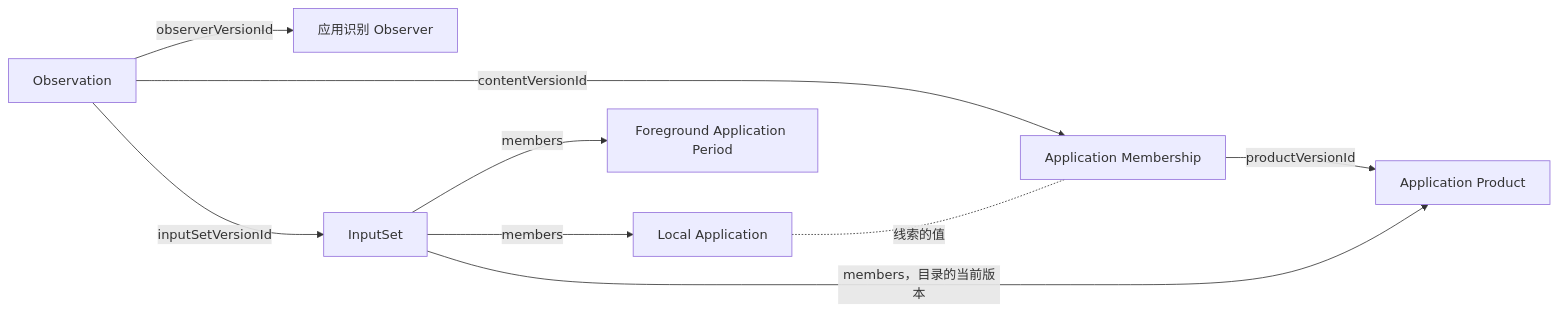
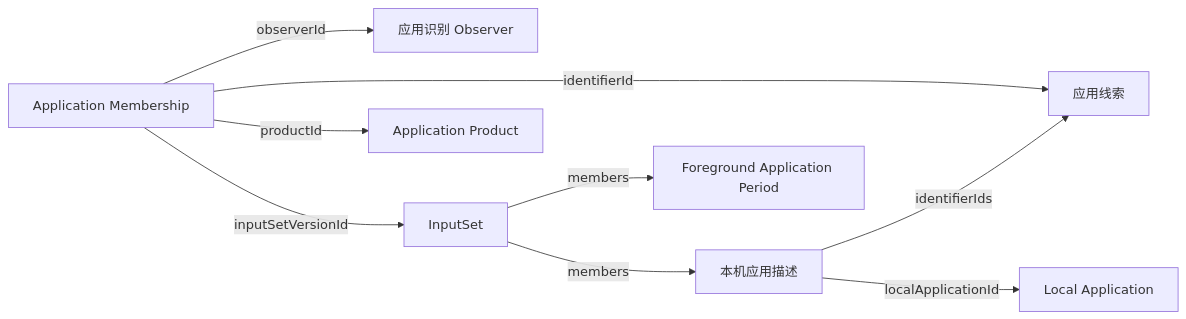
Before and after one commit to shenxianovo/Heartbeat: the diagram in src/Docs/Orisumi.Docs/content/docs/observers/application-identity/index.mdx, drawn with Mermaid. The commit also changed other lines of this file and 165 other files, not shown here.

````diff
--- a/src/Docs/Orisumi.Docs/content/docs/observers/application-identity/index.mdx
+++ b/src/Docs/Orisumi.Docs/content/docs/observers/application-identity/index.mdx
@@ -20,18 +21,18 @@
 ```mermaid
 flowchart LR
-  O[Observation] -->|observerVersionId| R[应用识别 Observer]
-  O -->|contentVersionId| M[Application Membership]
-  O -->|inputSetVersionId| S[InputSet]
-  M -->|productVersionId| P[Application Product]
-  S -->|members| A[Local Application]
+  M[Application Membership] -->|observerId| R[应用识别 Observer]
+  M -->|inputSetVersionId| S[InputSet]
+  M -->|productId| P[Application Product]
+  M -->|identifierId| I[应用线索]
+  L[本机应用描述] -->|identifierIds| I
+  L -->|localApplicationId| A[Local Application]
+  S -->|members| L
   S -->|members| C[Foreground Application Period]
-  S -->|members，目录的当前版本| P
-  A -. 线索的值 .- M
-  click O "/core/model/observation"
   click R "/observers/application-identity/application-identity-observer"
   click M "/observers/application-identity/application-membership"
   click P "/observers/application-identity/application-product"
   click S "/core/model/input-set"
   click A "/observers/foreground-state/local-application"
+  click L "/observers/foreground-state/local-application#description"
   click C "/observers/foreground-state/foreground-application-period"
 ```
````
